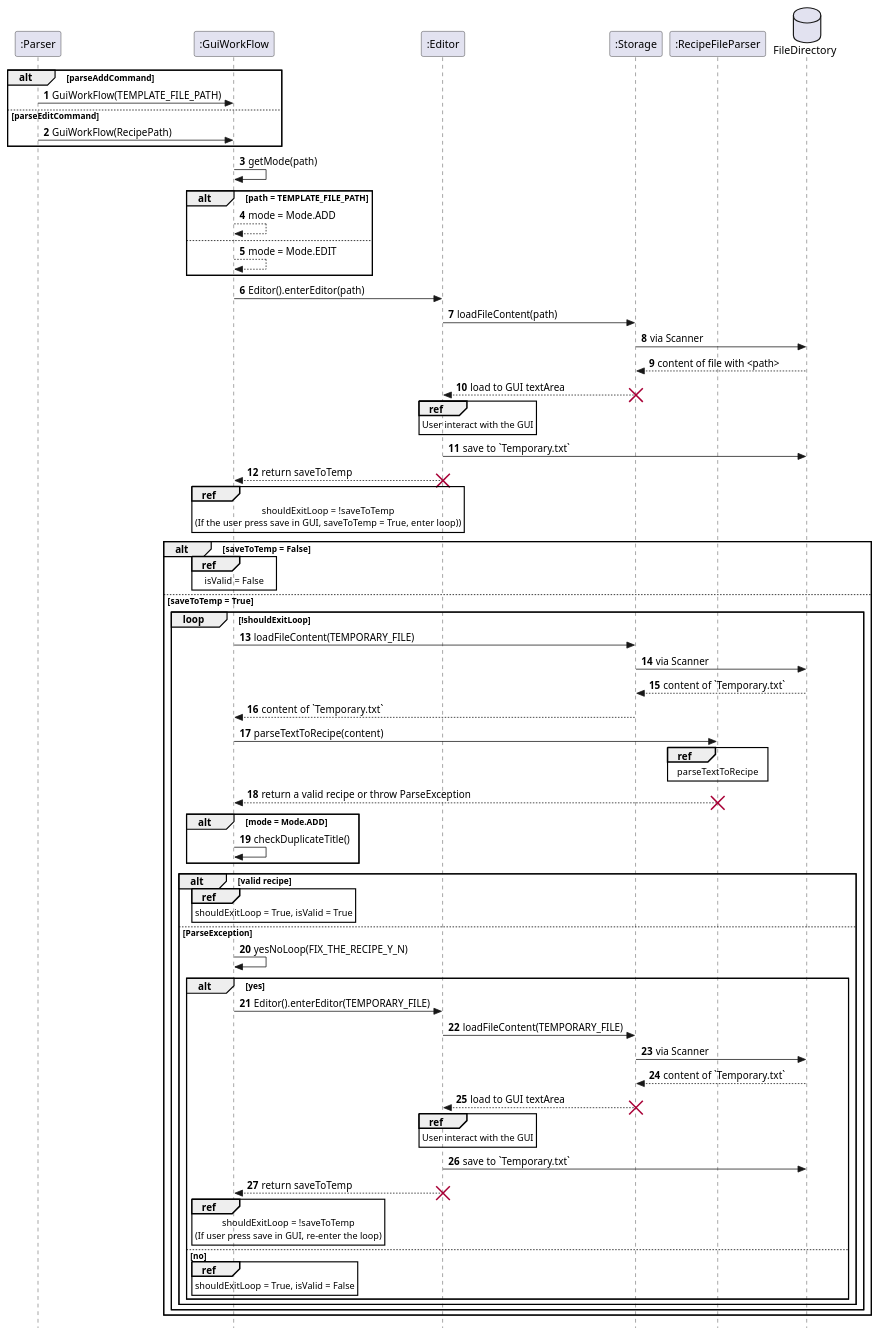
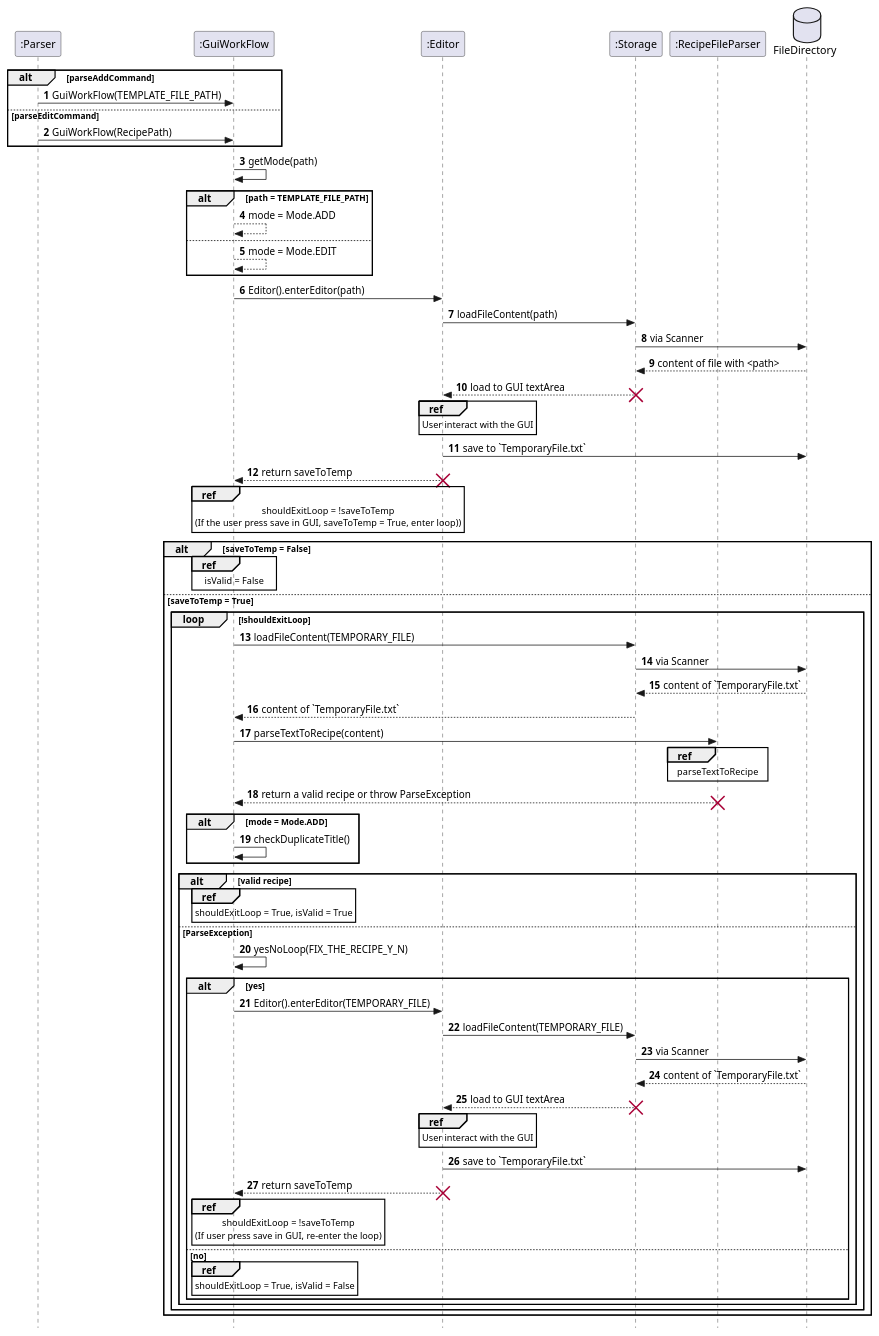
One commit to nus-cs2113-AY2223S1/tp changed the diagram in docs/SequenceDiagram/GUISequence.puml. Above: the diagram before and after it, drawn with PlantUML. The commit also changed 14 other files, not shown here.

```diff
--- a/docs/SequenceDiagram/GUISequence.puml
+++ b/docs/SequenceDiagram/GUISequence.puml
@@ -1,105 +1,105 @@
 @startuml
 skinparam Style strictuml
 autonumber
 
 participant ":Parser" as parser
 participant ":GuiWorkFlow" as gui
 participant ":Editor" as editor
 participant ":Storage" as store
 participant ":RecipeFileParser" as recipeparse
 database FileDirectory
 
 
 
 alt parseAddCommand
 parser -> gui: GuiWorkFlow(TEMPLATE_FILE_PATH)
 else parseEditCommand
 parser -> gui: GuiWorkFlow(RecipePath)
 end
 
 gui -> gui: getMode(path)
 
 alt path = TEMPLATE_FILE_PATH
     gui --> gui: mode = Mode.ADD
 else
     gui --> gui: mode = Mode.EDIT
 end
 
 gui -> editor: Editor().enterEditor(path)
 editor -> store: loadFileContent(path)
 store -> FileDirectory: via Scanner
 FileDirectory --> store: content of file with <path>
 store --> editor: load to GUI textArea
 destroy store
 
 ref over editor
 User interact with the GUI
 end
-editor -> FileDirectory: save to `Temporary.txt`
+editor -> FileDirectory: save to `TemporaryFile.txt`
 editor --> gui: return saveToTemp
 destroy editor
 ref over gui
 shouldExitLoop = !saveToTemp
 (If the user press save in GUI, saveToTemp = True, enter loop))
 end
 alt saveToTemp = False
 ref over gui
 isValid = False
 end
 
 else saveToTemp = True
 loop !shouldExitLoop
 gui -> store: loadFileContent(TEMPORARY_FILE)
 store -> FileDirectory: via Scanner
-FileDirectory --> store: content of `Temporary.txt`
-store --> gui: content of `Temporary.txt`
+FileDirectory --> store: content of `TemporaryFile.txt`
+store --> gui: content of `TemporaryFile.txt`
 gui -> recipeparse: parseTextToRecipe(content)
 ref over recipeparse
     parseTextToRecipe
 end
 recipeparse --> gui: return a valid recipe or throw ParseException
 destroy recipeparse
 
 alt mode = Mode.ADD
 gui -> gui: checkDuplicateTitle()
 end
 alt valid recipe
 ref over gui
 shouldExitLoop = True, isValid = True
 end
 else ParseException
 gui -> gui: yesNoLoop(FIX_THE_RECIPE_Y_N)
 alt yes
 gui -> editor: Editor().enterEditor(TEMPORARY_FILE)
 
 editor -> store: loadFileContent(TEMPORARY_FILE)
 store -> FileDirectory: via Scanner
-FileDirectory --> store: content of `Temporary.txt`
+FileDirectory --> store: content of `TemporaryFile.txt`
 store --> editor: load to GUI textArea
 destroy store
 ref over editor
 User interact with the GUI
 end
-editor -> FileDirectory: save to `Temporary.txt`
+editor -> FileDirectory: save to `TemporaryFile.txt`
 
 editor --> gui: return saveToTemp
 destroy editor
 
 ref over gui
 shouldExitLoop = !saveToTemp
 (If user press save in GUI, re-enter the loop)
 end
 else no
 ref over gui
 shouldExitLoop = True, isValid = False
 end
 end
 
 end
 
 end loop
 
 
 end
 
 @enduml
```
